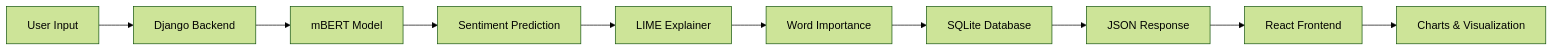
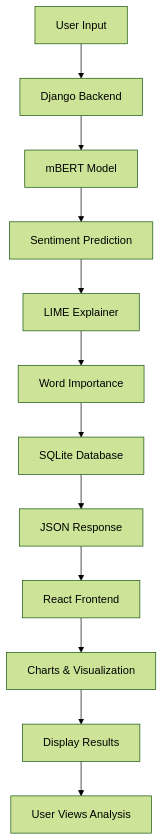
One commit to alphapie77/BanglaMovieReviewer changed the diagram in README.md. Above: the diagram before and after it, drawn with Mermaid (forest theme).

Commit message:
Change flow diagram to vertical U-shape layout

````diff
--- a/README.md
+++ b/README.md
@@ -217,12 +217,14 @@
 ```mermaid
-graph LR
+graph TD
     A[User Input] --> B[Django Backend]
     B --> C[mBERT Model]
     C --> D[Sentiment Prediction]
     D --> E[LIME Explainer]
     E --> F[Word Importance]
     F --> G[SQLite Database]
     G --> H[JSON Response]
     H --> I[React Frontend]
     I --> J[Charts & Visualization]
+    J --> K[Display Results]
+    K --> L[User Views Analysis]
 ```
````
